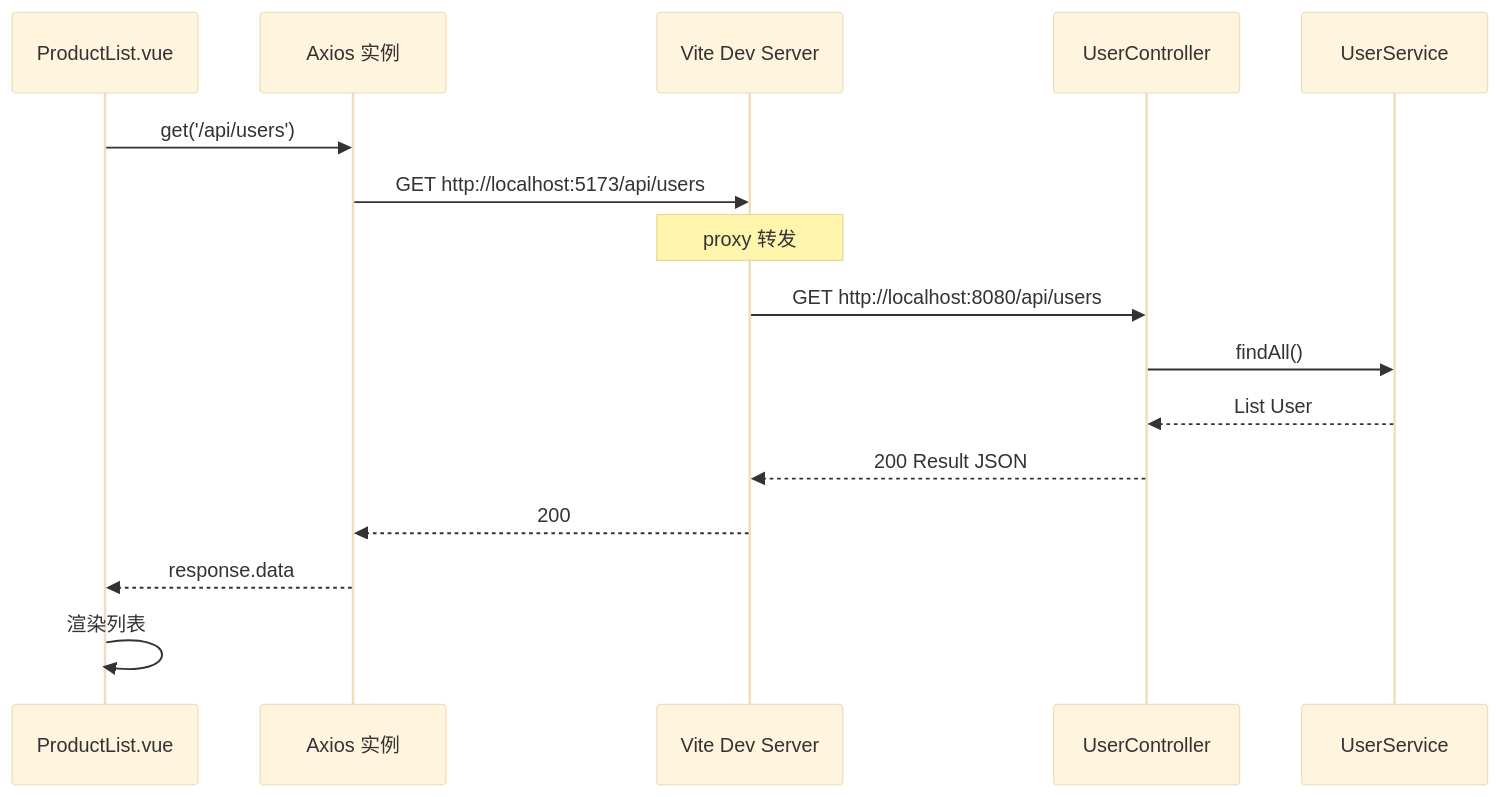
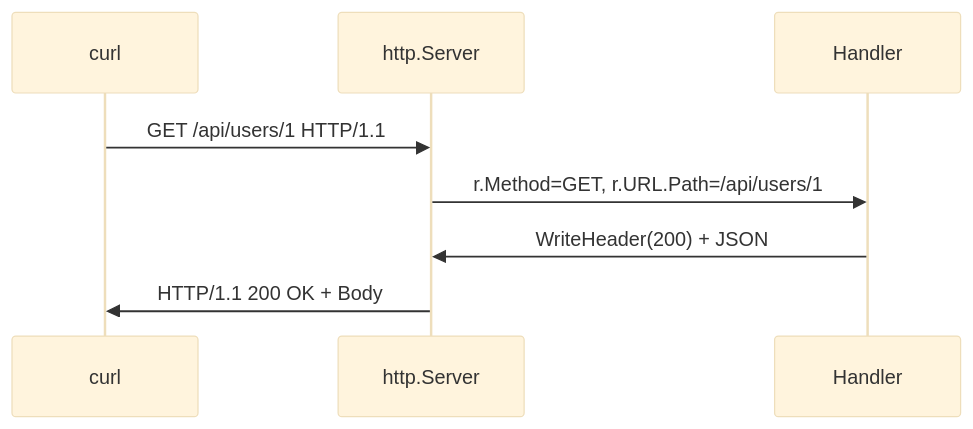
Before and after one commit to moqix26/study: the fourth of 4 diagrams in 前端学习/计算机网络/04-HTTP协议深入.md, drawn with Mermaid (base theme). The commit also changed other lines of this file and 10 other files, not shown here.

````diff
--- a/前端学习/计算机网络/04-HTTP协议深入.md
+++ b/前端学习/计算机网络/04-HTTP协议深入.md
@@ -1139,18 +470,11 @@
 ```mermaid
 sequenceDiagram
-    participant Vue as ProductList.vue
-    participant Axios as Axios 实例
-    participant Vite as Vite Dev Server
-    participant SB as UserController
-    participant Svc as UserService
-    Vue->>Axios: get('/api/users')
-    Axios->>Vite: GET http://localhost:5173/api/users
-    Note over Vite: proxy 转发
-    Vite->>SB: GET http://localhost:8080/api/users
-    SB->>Svc: findAll()
-    Svc-->>SB: List User
-    SB-->>Vite: 200 Result JSON
-    Vite-->>Axios: 200
-    Axios-->>Vue: response.data
-    Vue->>Vue: 渲染列表
+    participant curl as curl
+    participant S as http.Server
+    participant H as Handler
+
+    curl->>S: GET /api/users/1 HTTP/1.1
+    S->>H: r.Method=GET, r.URL.Path=/api/users/1
+    H->>S: WriteHeader(200) + JSON
+    S->>curl: HTTP/1.1 200 OK + Body
 ```
````
